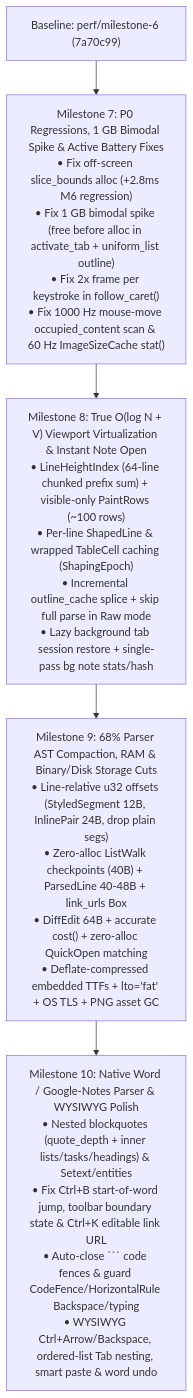
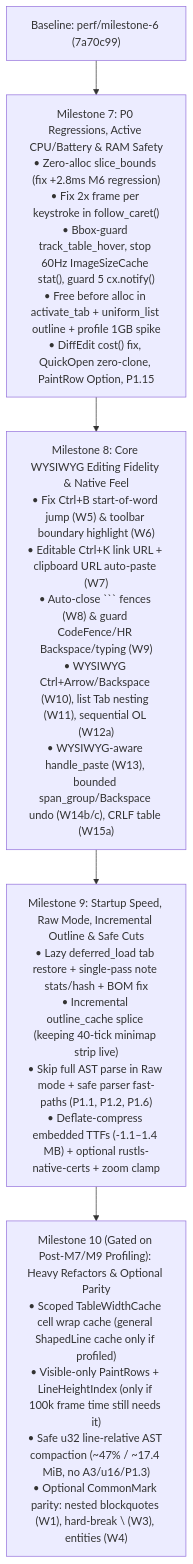
One commit to Sira-pel/LiteMark changed the diagram in fix_plan.md. Above: the diagram before and after it, drawn with Mermaid. The commit also changed other lines of this file, not shown here.

Commit message:
docs: refine post-Milestone-6 plan after codebase verification

````diff
--- a/fix_plan.md
+++ b/fix_plan.md
@@ -525,10 +52,10 @@
 ```mermaid
 flowchart TD
     M6["Baseline: perf/milestone-6 (7a70c99)"]
-    M7["Milestone 7: P0 Regressions, 1 GB Bimodal Spike & Active Battery Fixes<br/>• Fix off-screen slice_bounds alloc (+2.8ms M6 regression)<br/>• Fix 1 GB bimodal spike (free before alloc in activate_tab + uniform_list outline)<br/>• Fix 2x frame per keystroke in follow_caret()<br/>• Fix 1000 Hz mouse-move occupied_content scan & 60 Hz ImageSizeCache stat()"]
-    M8["Milestone 8: True O(log N + V) Viewport Virtualization & Instant Note Open<br/>• LineHeightIndex (64-line chunked prefix sum) + visible-only PaintRows (~100 rows)<br/>• Per-line ShapedLine & wrapped TableCell caching (ShapingEpoch)<br/>• Incremental outline_cache splice + skip full parse in Raw mode<br/>• Lazy background tab session restore + single-pass bg note stats/hash"]
-    M9["Milestone 9: 68% Parser AST Compaction, RAM & Binary/Disk Storage Cuts<br/>• Line-relative u32 offsets (StyledSegment 12B, InlinePair 24B, drop plain segs)<br/>• Zero-alloc ListWalk checkpoints (40B) + ParsedLine 40-48B + link_urls Box<br/>• DiffEdit 64B + accurate cost() + zero-alloc QuickOpen matching<br/>• Deflate-compressed embedded TTFs + lto='fat' + OS TLS + PNG asset GC"]
-    M10["Milestone 10: Native Word / Google-Notes Parser & WYSIWYG Polish<br/>• Nested blockquotes (quote_depth + inner lists/tasks/headings) & Setext/entities<br/>• Fix Ctrl+B start-of-word jump, toolbar boundary state & Ctrl+K editable link URL<br/>• Auto-close ``` code fences & guard CodeFence/HorizontalRule Backspace/typing<br/>• WYSIWYG Ctrl+Arrow/Backspace, ordered-list Tab nesting, smart paste & word undo"]
+    M7["Milestone 7: P0 Regressions, Active CPU/Battery & RAM Safety<br/>• Zero-alloc slice_bounds (fix +2.8ms M6 regression)<br/>• Fix 2x frame per keystroke in follow_caret()<br/>• Bbox-guard track_table_hover, stop 60Hz ImageSizeCache stat(), guard 5 cx.notify()<br/>• Free before alloc in activate_tab + uniform_list outline + profile 1GB spike<br/>• DiffEdit cost() fix, QuickOpen zero-clone, PaintRow Option<Arc>, P1.15"]
+    M8["Milestone 8: Core WYSIWYG Editing Fidelity & Native Feel<br/>• Fix Ctrl+B start-of-word jump (W5) & toolbar boundary highlight (W6)<br/>• Editable Ctrl+K link URL + clipboard URL auto-paste (W7)<br/>• Auto-close ``` fences (W8) & guard CodeFence/HR Backspace/typing (W9)<br/>• WYSIWYG Ctrl+Arrow/Backspace (W10), list Tab nesting (W11), sequential OL (W12a)<br/>• WYSIWYG-aware handle_paste (W13), bounded span_group/Backspace undo (W14b/c), CRLF table (W15a)"]
+    M9["Milestone 9: Startup Speed, Raw Mode, Incremental Outline & Safe Cuts<br/>• Lazy deferred_load tab restore + single-pass note stats/hash + BOM fix<br/>• Incremental outline_cache splice (keeping 40-tick minimap strip live)<br/>• Skip full AST parse in Raw mode + safe parser fast-paths (P1.1, P1.2, P1.6)<br/>• Deflate-compress embedded TTFs (-1.1–1.4 MB) + optional rustls-native-certs + zoom clamp"]
+    M10["Milestone 10 (Gated on Post-M7/M9 Profiling): Heavy Refactors & Optional Parity<br/>• Scoped TableWidthCache cell wrap cache (general ShapedLine cache only if profiled)<br/>• Visible-only PaintRows + LineHeightIndex (only if 100k frame time still needs it)<br/>• Safe u32 line-relative AST compaction (~47% / ~17.4 MiB, no A3/u16/P1.3)<br/>• Optional CommonMark parity: nested blockquotes (W1), hard-break \ (W3), entities (W4)"]
 
     M6 --> M7 --> M8 --> M9 --> M10
 ```
````
